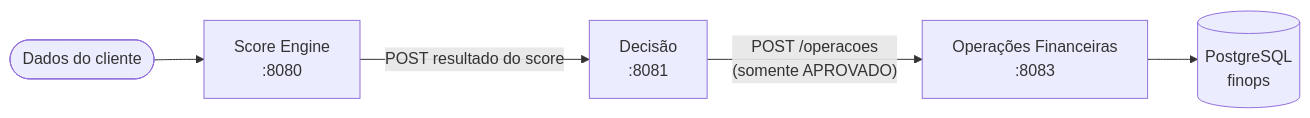
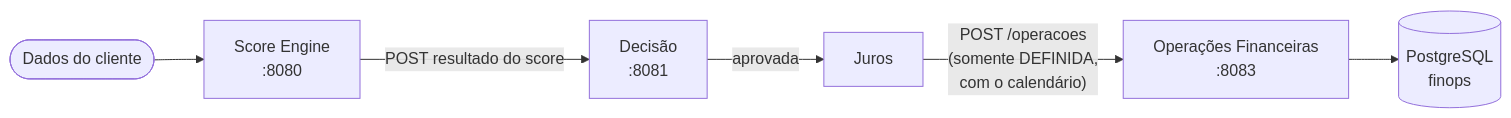
One commit to unicsul-finops/financial-operations-service changed the first of 5 diagrams in docs/architecture/diagrams/README.md. Above: the diagram before and after it, drawn with Mermaid. The commit also changed other lines of this file and 5 other files, not shown here.

First line of the commit message:
docs: atualiza README e documentação para a integração com o juros

````diff
--- a/docs/architecture/diagrams/README.md
+++ b/docs/architecture/diagrams/README.md
@@ -7,7 +7,8 @@
 ```mermaid
 flowchart LR
     Cliente([Dados do cliente]) --> Score
     Score["Score Engine<br/>:8080"] -->|"POST resultado do score"| Decisao
-    Decisao["Decisão<br/>:8081"] -->|"POST /operacoes<br/>(somente APROVADO)"| FinOps
+    Decisao["Decisão<br/>:8081"] -->|"aprovada"| Juros
+    Juros["Juros"] -->|"POST /operacoes<br/>(somente DEFINIDA,<br/>com o calendário)"| FinOps
     FinOps["Operações Financeiras<br/>:8083"] --> DB[(PostgreSQL<br/>finops)]
 ```
````
